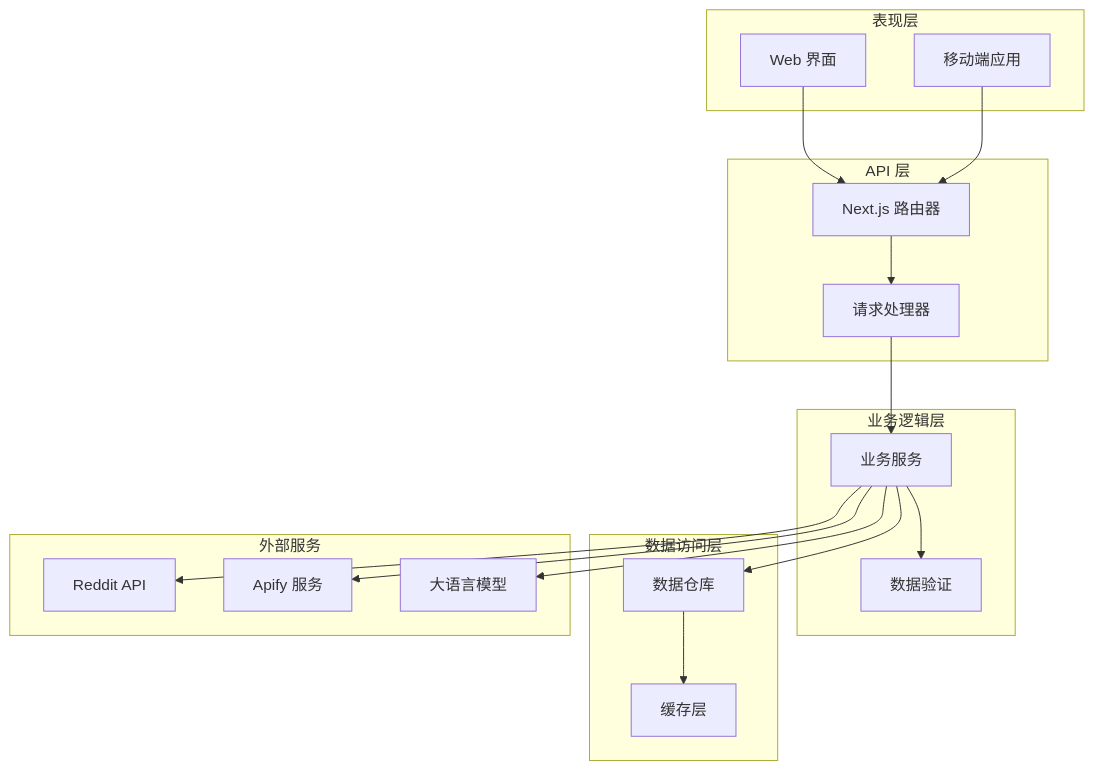
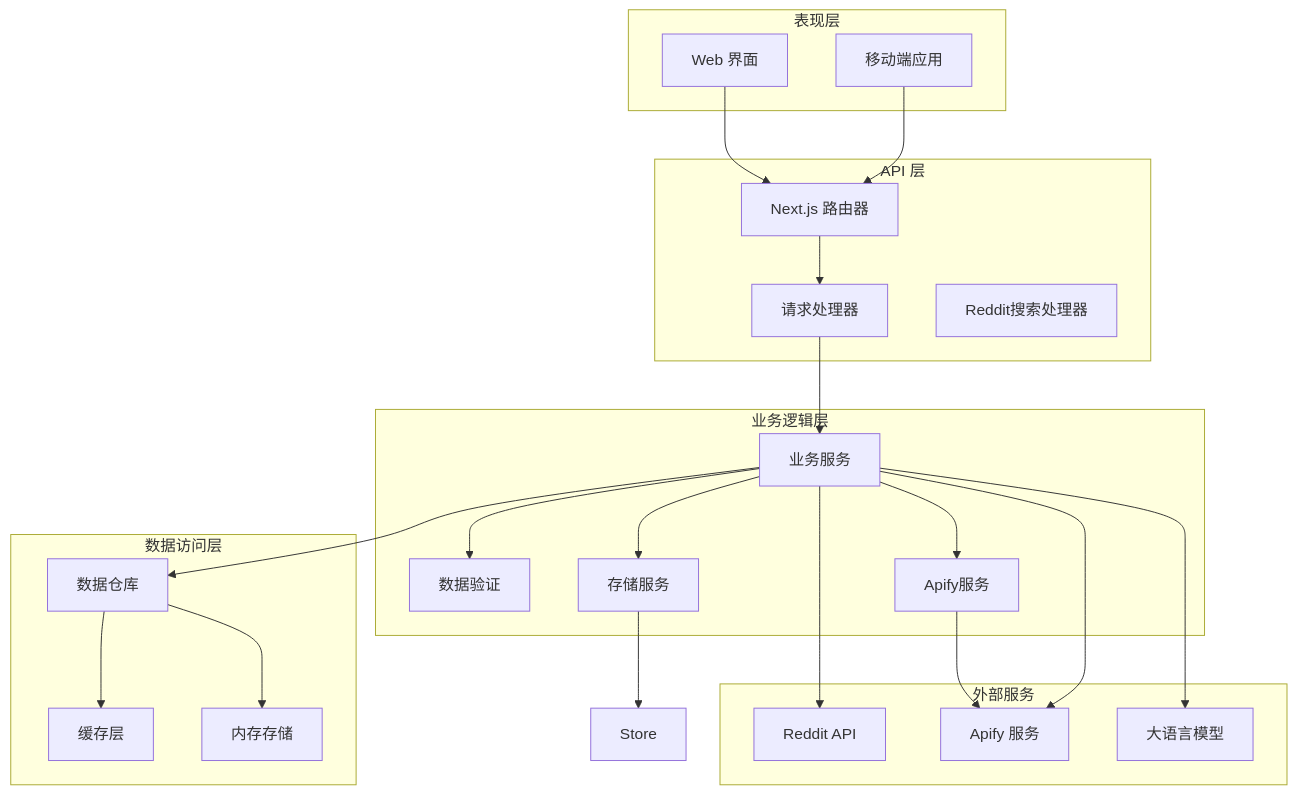
The second of 6 diagrams in .qoder/repowiki/zh/content/API 接口文档/API 接口文档.md (zezzezzez/reddit), drawn with Mermaid before and after one commit. The commit also changed other lines of this file and 21 other files, not shown here.

````diff
--- a/.qoder/repowiki/zh/content/API 接口文档/API 接口文档.md
+++ b/.qoder/repowiki/zh/content/API 接口文档/API 接口文档.md
@@ -110,34 +137,43 @@
 ```mermaid
 graph TB
 subgraph "表现层"
 WebUI[Web 界面]
 Mobile[移动端应用]
 end
 subgraph "API 层"
 Router[Next.js 路由器]
 Handler[请求处理器]
+RedditSearch[Reddit搜索处理器]
 end
 subgraph "业务逻辑层"
 Service[业务服务]
 Validator[数据验证]
+ApifyService[Apify服务]
+StoreService[存储服务]
 end
 subgraph "数据访问层"
 Repository[数据仓库]
 Cache[缓存层]
+MemoryStore[内存存储]
 end
 subgraph "外部服务"
 Reddit[Reddit API]
 Apify[Apify 服务]
 LLM[大语言模型]
 end
 WebUI --> Router
 Mobile --> Router
 Router --> Handler
 Handler --> Service
 Service --> Validator
 Service --> Repository
 Repository --> Cache
+Repository --> MemoryStore
+Service --> ApifyService
+Service --> StoreService
+ApifyService --> Apify
+StoreService --> Store
 Service --> Reddit
 Service --> Apify
 Service --> LLM
 ```
````
